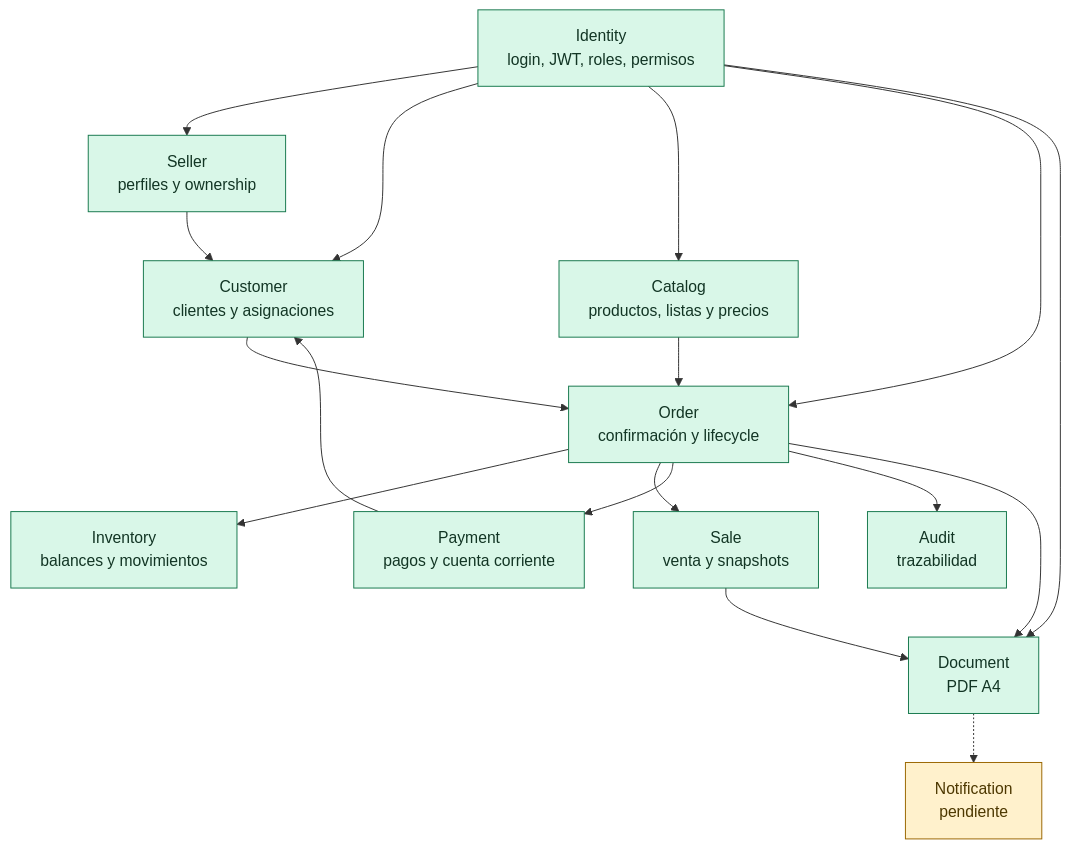
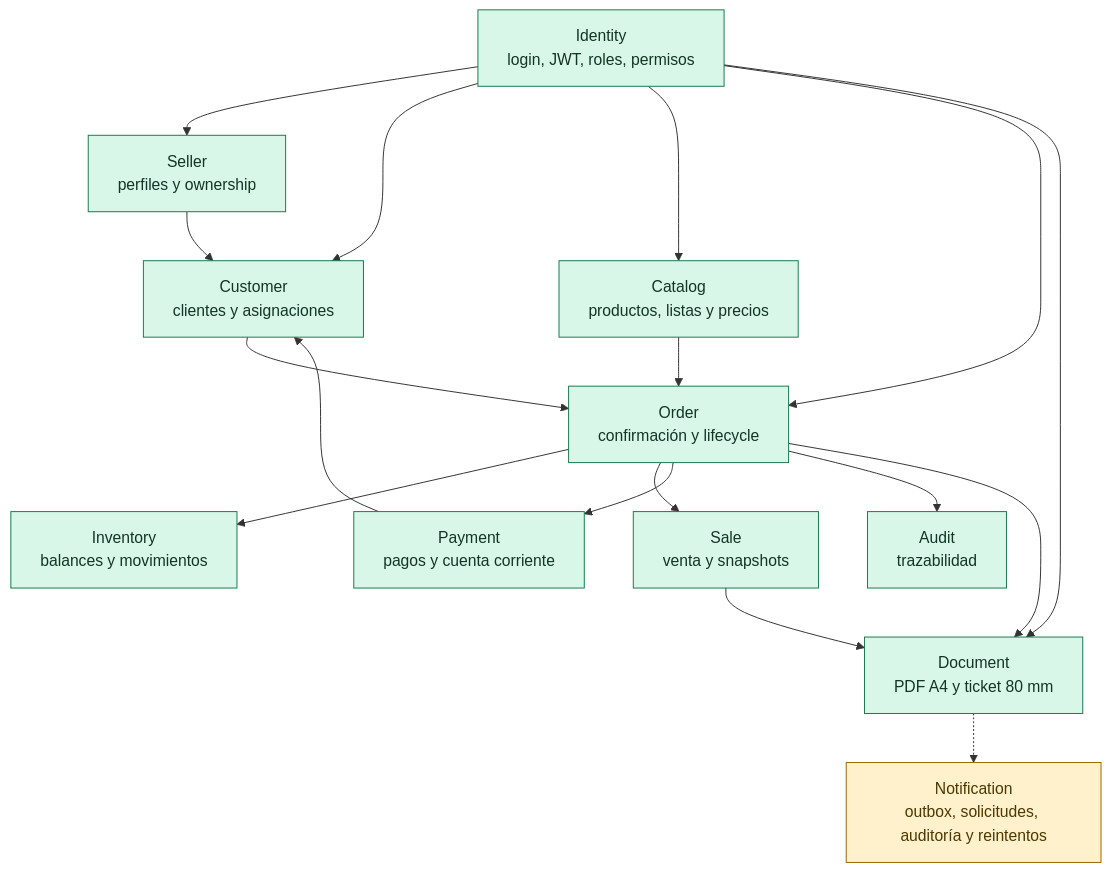
One commit to Martinrc93/distribuidoraCore changed the second of 7 diagrams in docs/architecture/current-state.md. Above: the diagram before and after it, drawn with Mermaid. The commit also changed other lines of this file and 111 other files, not shown here.

````diff
--- a/docs/architecture/current-state.md
+++ b/docs/architecture/current-state.md
@@ -34,36 +34,36 @@
 ```mermaid
 flowchart TD
     Identity[Identity<br/>login, JWT, roles, permisos]
     Seller[Seller<br/>perfiles y ownership]
     Customer[Customer<br/>clientes y asignaciones]
     Catalog[Catalog<br/>productos, listas y precios]
     Inventory[Inventory<br/>balances y movimientos]
     Order[Order<br/>confirmación y lifecycle]
     Sale[Sale<br/>venta y snapshots]
     Payment[Payment<br/>pagos y cuenta corriente]
-    Document[Document<br/>PDF A4]
+    Document[Document<br/>PDF A4 y ticket 80 mm]
     Audit[Audit<br/>trazabilidad]
-    Notification[Notification<br/>pendiente]
+    Notification[Notification<br/>outbox, solicitudes, auditoría y reintentos]
 
     Identity --> Seller
     Identity --> Customer
     Identity --> Catalog
     Identity --> Order
     Identity --> Document
     Seller --> Customer
     Customer --> Order
     Catalog --> Order
     Order --> Inventory
     Order --> Sale
     Order --> Payment
     Order --> Audit
     Order --> Document
     Sale --> Document
     Payment --> Customer
     Document -.-> Notification
 
     classDef done fill:#d9f7e8,stroke:#18794e,color:#123524
     classDef pending fill:#fff1cc,stroke:#9a6700,color:#4d3800
     class Identity,Seller,Customer,Catalog,Inventory,Order,Sale,Payment,Document,Audit done
     class Notification pending
 ```
````
